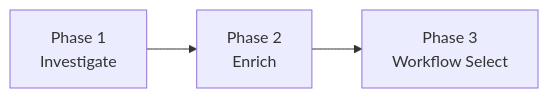
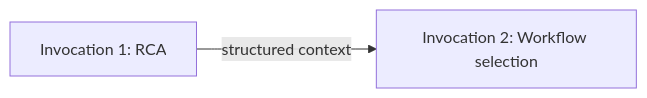
Before and after one commit to jordigilh/kubernaut-docs: the first of 3 diagrams in docs/architecture/hapi-investigation.md, drawn with Mermaid. The commit also changed other lines of this file and 2 other files, not shown here.

````diff
--- a/docs/architecture/hapi-investigation.md
+++ b/docs/architecture/hapi-investigation.md
@@ -44,5 +51,4 @@
 ```mermaid
 flowchart LR
-    P1["Phase 1<br/>Investigate"] --> P2["Phase 2<br/>Enrich"]
-    P2 --> P3["Phase 3<br/>Workflow Select"]
+    I1["Invocation 1: RCA"] -->|structured context| I2["Invocation 2: Workflow selection"]
 ```
````
